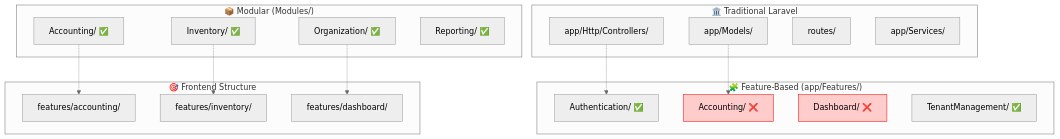
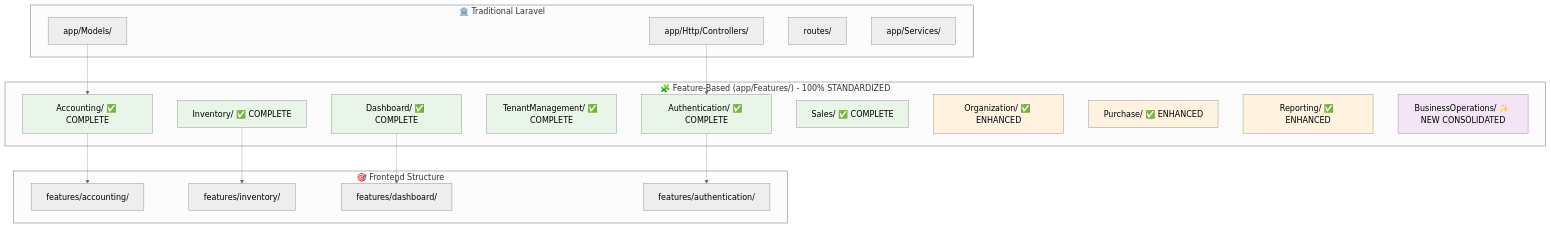
Before and after one commit to abdoElHodaky/larvaccountplatfo: the first of 4 diagrams in docs/BACKEND_ARCHITECTURE_ANALYSIS.md, drawn with Mermaid (neutral theme). The commit also changed 2 other files, not shown here.

````diff
--- a/docs/BACKEND_ARCHITECTURE_ANALYSIS.md
+++ b/docs/BACKEND_ARCHITECTURE_ANALYSIS.md
@@ -45,40 +45,47 @@
 ```mermaid
 graph TB
     subgraph "🏛️ Traditional Laravel"
         A[app/Http/Controllers/]
         B[app/Models/]
         C[routes/]
         D[app/Services/]
     end
     
-    subgraph "🧩 Feature-Based (app/Features/)"
-        E[Authentication/ ✅]
-        F[Accounting/ ❌]
-        G[Dashboard/ ❌]
-        H[TenantManagement/ ✅]
-    end
-    
-    subgraph "📦 Modular (Modules/)"
-        I[Accounting/ ✅]
-        J[Inventory/ ✅]
-        K[Organization/ ✅]
-        L[Reporting/ ✅]
+    subgraph "🧩 Feature-Based (app/Features/) - 100% STANDARDIZED"
+        E[Authentication/ ✅ COMPLETE]
+        F[Accounting/ ✅ COMPLETE]
+        G[Dashboard/ ✅ COMPLETE]
+        H[TenantManagement/ ✅ COMPLETE]
+        I[Inventory/ ✅ COMPLETE]
+        J[Sales/ ✅ COMPLETE]
+        K[Organization/ ✅ ENHANCED]
+        L[Purchase/ ✅ ENHANCED]
+        M[Reporting/ ✅ ENHANCED]
+        N[BusinessOperations/ ✨ NEW CONSOLIDATED]
     end
     
     subgraph "🎯 Frontend Structure"
-        M[features/accounting/]
-        N[features/inventory/]
-        O[features/dashboard/]
+        O[features/accounting/]
+        P[features/inventory/]
+        Q[features/dashboard/]
+        R[features/authentication/]
     end
     
     A -.-> E
     B -.-> F
-    I -.-> M
-    J -.-> N
-    K -.-> O
+    F -.-> O
+    I -.-> P
+    G -.-> Q
+    E -.-> R
     
-    style F fill:#ffcccc
-    style G fill:#ffcccc
-    style F stroke:#ff0000
-    style G stroke:#ff0000
+    style E fill:#e8f5e8
+    style F fill:#e8f5e8
+    style G fill:#e8f5e8
+    style H fill:#e8f5e8
+    style I fill:#e8f5e8
+    style J fill:#e8f5e8
+    style K fill:#fff3e0
+    style L fill:#fff3e0
+    style M fill:#fff3e0
+    style N fill:#f3e5f5
 ```
````
